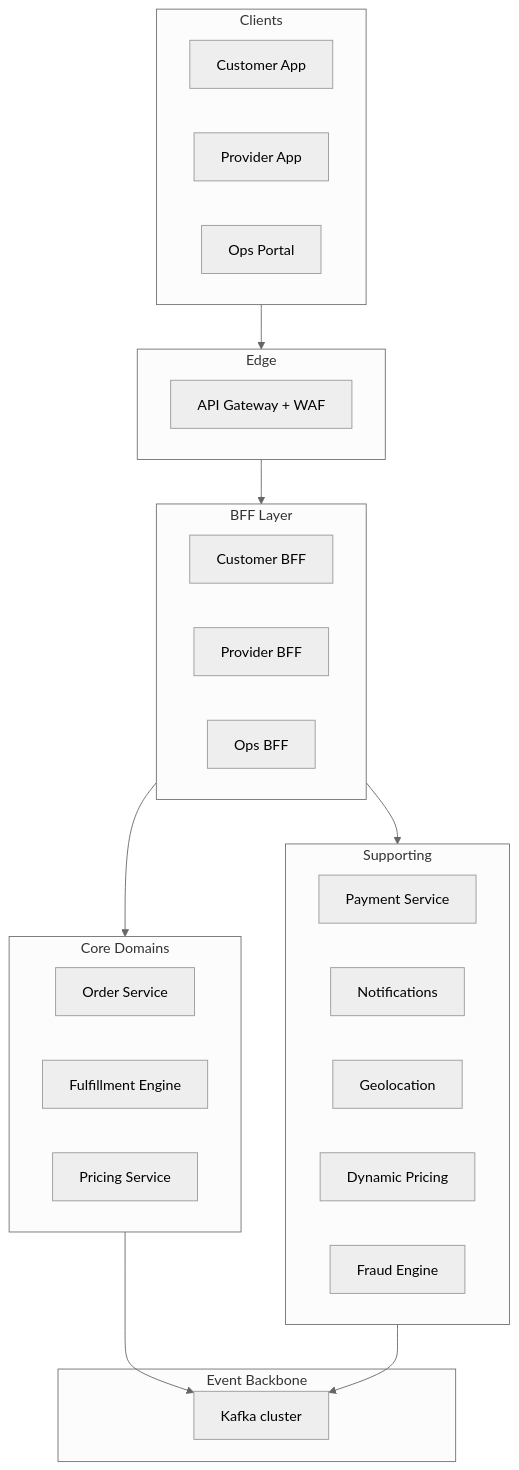
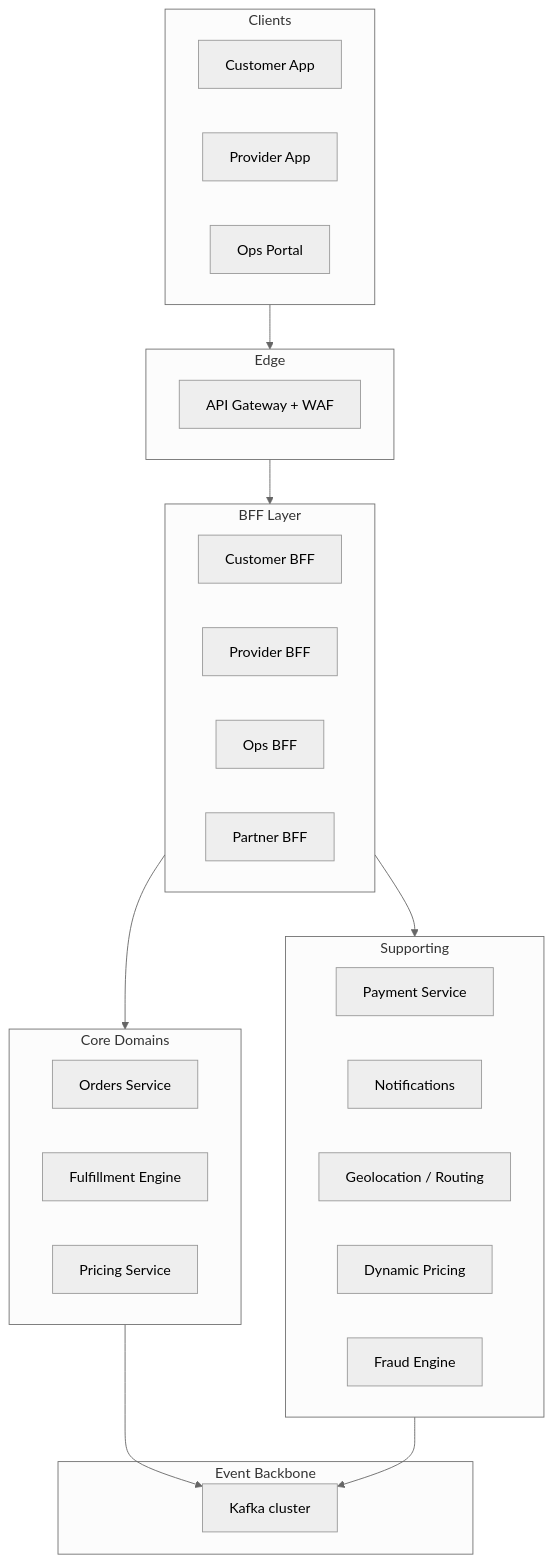
One commit to rishikeshdhokare/platform-manifesto changed the first of 2 diagrams in 02-architecture-and-api/01-system-architecture.md. Above: the diagram before and after it, drawn with Mermaid (neutral theme).

Commit message:
fix: align system architecture ASCII and Mermaid diagrams
- Add Partner BFF to BFF Layer subgraph
- Rename Geolocation node to Geolocation / Routing (matches ASCII and domain map)
- Use Orders Service label to match ASCII and Domain Ownership Map

Fixes #45

Made-with: Cursor

````diff
--- a/02-architecture-and-api/01-system-architecture.md
+++ b/02-architecture-and-api/01-system-architecture.md
@@ -69,37 +69,38 @@
 ```mermaid
 flowchart TB
     subgraph clients [Clients]
         CustomerApp[Customer App]
         ProviderApp[Provider App]
         OpsPortal[Ops Portal]
     end
     subgraph gateway [Edge]
         APIGW[API Gateway + WAF]
     end
     subgraph bffs [BFF Layer]
         CustBFF[Customer BFF]
         ProvBFF[Provider BFF]
         OpsBFF[Ops BFF]
+        PartBFF[Partner BFF]
     end
     subgraph core [Core Domains]
-        Orders[Order Service]
+        Orders[Orders Service]
         Fulfill[Fulfillment Engine]
         Pricing[Pricing Service]
     end
     subgraph support [Supporting]
         Payments[Payment Service]
         Notif[Notifications]
-        Geo[Geolocation]
+        GeoRoute[Geolocation / Routing]
         DynPrice[Dynamic Pricing]
         Fraud[Fraud Engine]
     end
     subgraph backbone [Event Backbone]
         Kafka[Kafka cluster]
     end
     clients --> gateway
     gateway --> bffs
     bffs --> core
     bffs --> support
     core --> Kafka
     support --> Kafka
 ```
````
